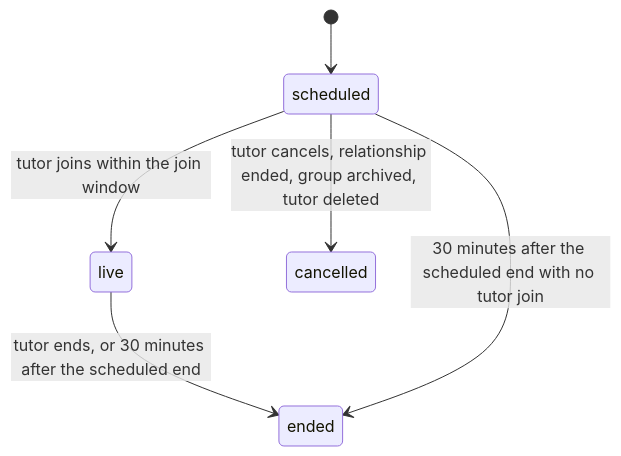
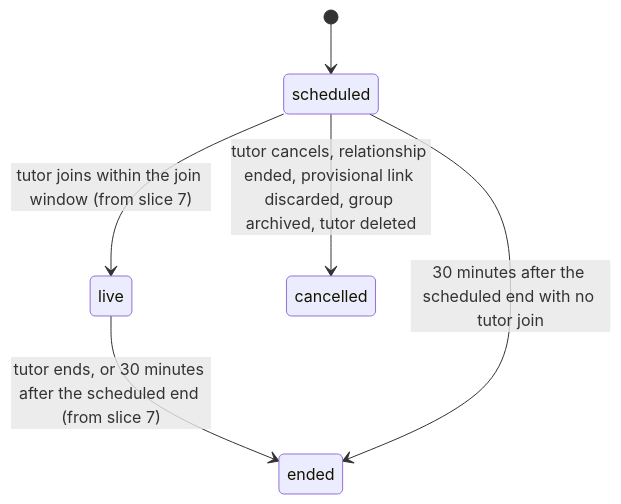
Before and after one commit to klukashka/ovc: the diagram in knowledge/specs/schedule.md, drawn with Mermaid. The commit also changed other lines of this file and 14 other files, not shown here.

````diff
--- a/knowledge/specs/schedule.md
+++ b/knowledge/specs/schedule.md
@@ -111,8 +168,8 @@
 ```mermaid
 stateDiagram-v2
   [*] --> scheduled
-  scheduled --> live: tutor joins within the join window
-  scheduled --> cancelled: tutor cancels, relationship ended, group archived, tutor deleted
-  live --> ended: tutor ends, or 30 minutes after the scheduled end
+  scheduled --> live: tutor joins within the join window (from slice 7)
+  scheduled --> cancelled: tutor cancels, relationship ended, provisional link discarded, group archived, tutor deleted
+  live --> ended: tutor ends, or 30 minutes after the scheduled end (from slice 7)
   scheduled --> ended: 30 minutes after the scheduled end with no tutor join
 ```
````
